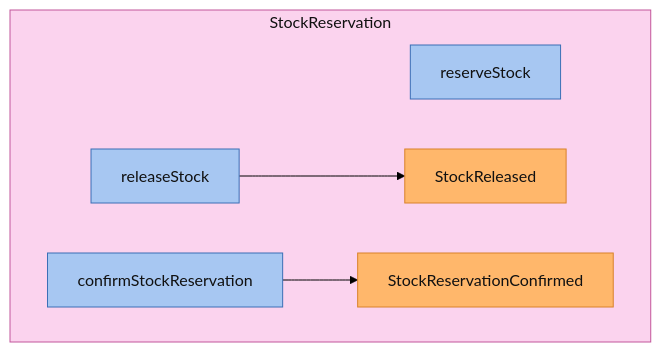
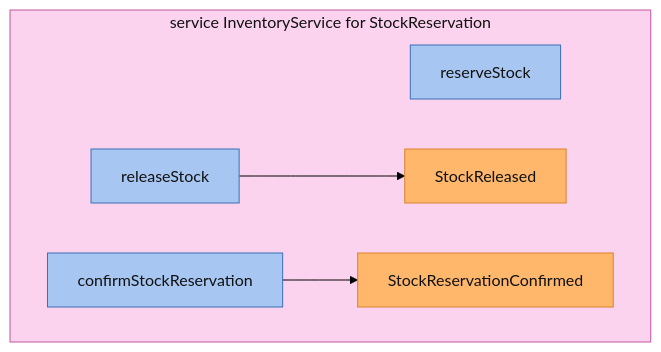
One commit to ZenWave360/dsl-kotlin changed the second of 8 diagrams in dsl-docs/src/commonTest/resources/snapshots/arcadia-modulith/modules/catalog-inventory.md. Above: the diagram before and after it, drawn with Mermaid (forest theme). The commit also changed other lines of this file and 14 other files, not shown here.

Commit message:
feat(views,docs): service box label as in the ZDL, @json field types, one domain events diagram per ZDL

````diff
--- a/dsl-docs/src/commonTest/resources/snapshots/arcadia-modulith/modules/catalog-inventory.md
+++ b/dsl-docs/src/commonTest/resources/snapshots/arcadia-modulith/modules/catalog-inventory.md
@@ -111,21 +109,21 @@
 ```mermaid
 flowchart LR
   classDef command fill:#a7c7f2,stroke:#3b6fb6,color:#111
   classDef event fill:#ffb76b,stroke:#d9822b,color:#111
-  subgraph agg_StockReservation["StockReservation"]
+  subgraph agg_InventoryService["service InventoryService for StockReservation"]
     direction LR
     cmd_reserveStock["reserveStock"]
     cmd_releaseStock["releaseStock"]
     cmd_confirmStockReservation["confirmStockReservation"]
     evt_StockReleased["StockReleased"]
     evt_StockReservationConfirmed["StockReservationConfirmed"]
   end
-  style agg_StockReservation fill:#fbd3ee,stroke:#c2569b,color:#111
+  style agg_InventoryService fill:#fbd3ee,stroke:#c2569b,color:#111
   class cmd_reserveStock command
   class cmd_releaseStock command
   class cmd_confirmStockReservation command
   class evt_StockReleased event
   class evt_StockReservationConfirmed event
   cmd_releaseStock --> evt_StockReleased
   cmd_confirmStockReservation --> evt_StockReservationConfirmed
 ```
````
